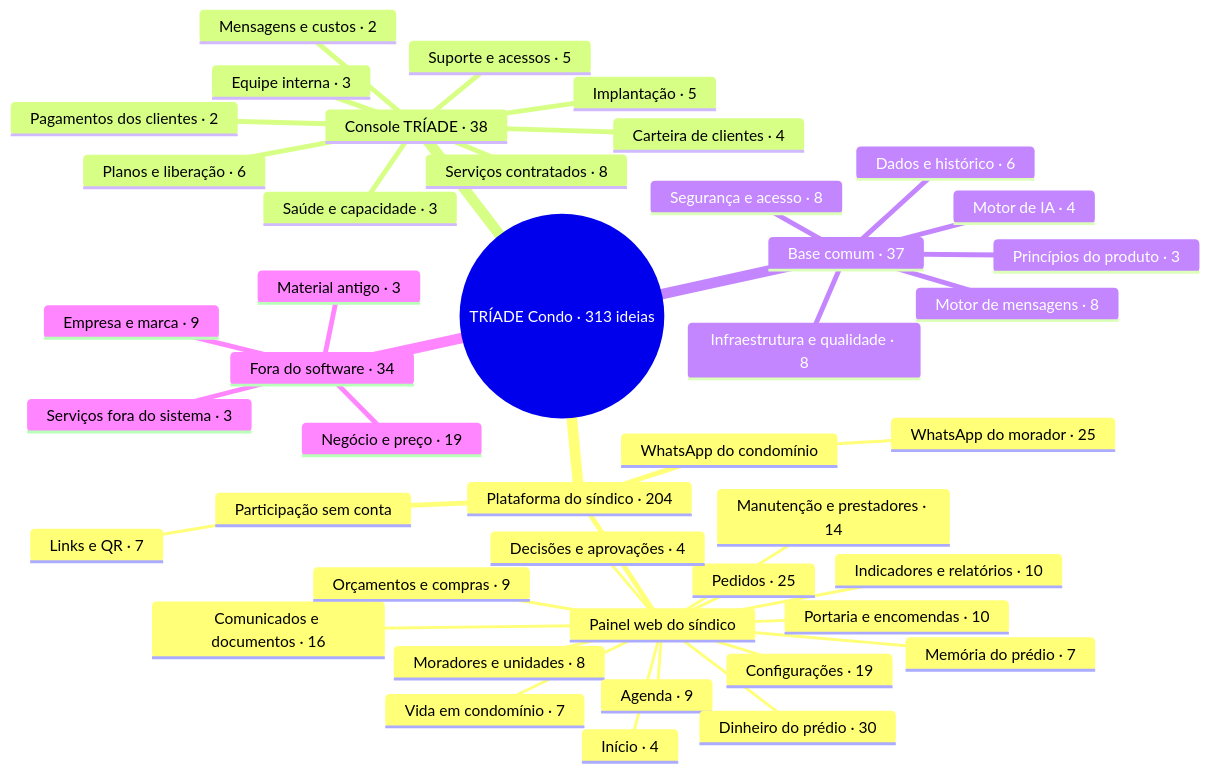
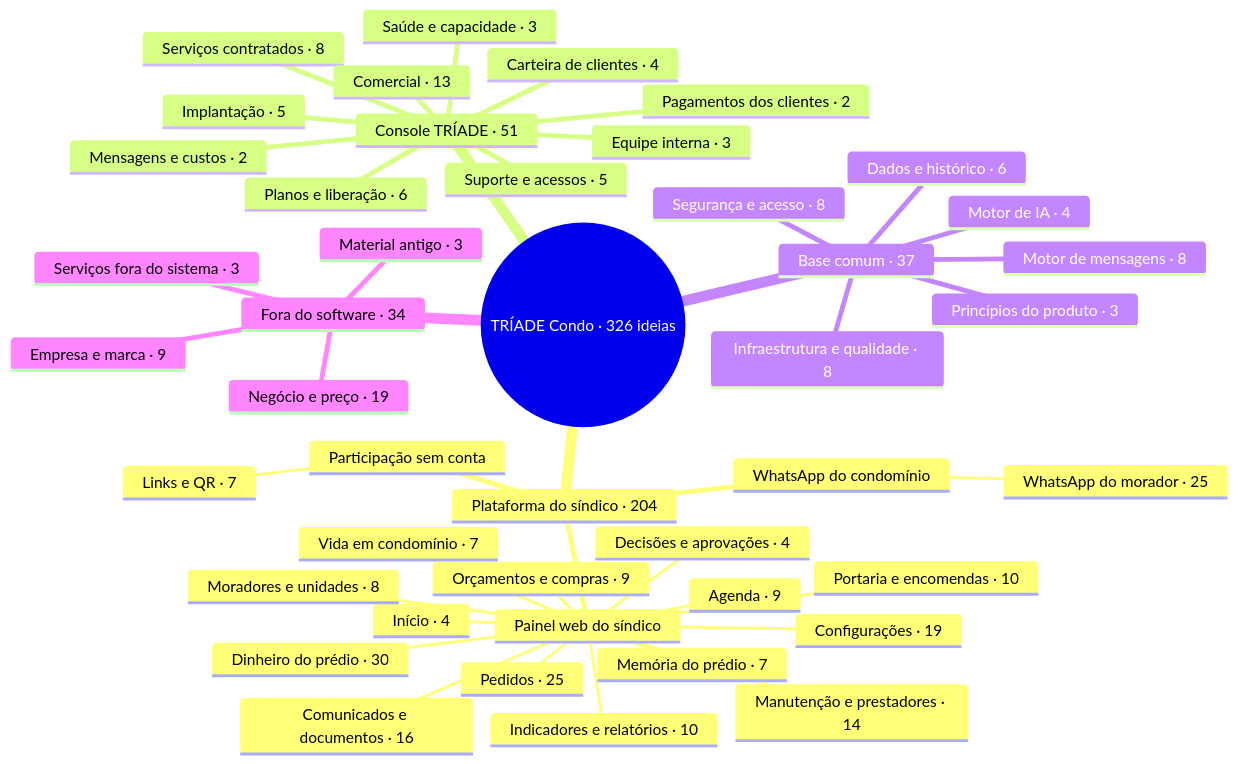
The diagram in triade-condo/MAPA.md (triade-prog/triade-condo), drawn with Mermaid before and after one commit. The commit also changed other lines of this file and 5 other files, not shown here.

First line of the commit message:
Comercial no Console: registra as ideias CM-01 a CM-13 e a entrega R17

````diff
--- a/triade-condo/MAPA.md
+++ b/triade-condo/MAPA.md
@@ -20,46 +20,47 @@
 ```mermaid
 mindmap
-  root((TRÍADE Condo · 313 ideias))
+  root((TRÍADE Condo · 326 ideias))
     Plataforma do síndico · 204
       Painel web do síndico
         Início · 4
         Pedidos · 25
         Decisões e aprovações · 4
         Moradores e unidades · 8
         Comunicados e documentos · 16
         Manutenção e prestadores · 14
         Agenda · 9
         Orçamentos e compras · 9
         Dinheiro do prédio · 30
         Portaria e encomendas · 10
         Vida em condomínio · 7
         Indicadores e relatórios · 10
         Memória do prédio · 7
         Configurações · 19
       WhatsApp do condomínio
         WhatsApp do morador · 25
       Participação sem conta
         Links e QR · 7
-    Console TRÍADE · 38
+    Console TRÍADE · 51
       Carteira de clientes · 4
       Implantação · 5
       Planos e liberação · 6
       Pagamentos dos clientes · 2
       Suporte e acessos · 5
       Serviços contratados · 8
       Equipe interna · 3
       Saúde e capacidade · 3
       Mensagens e custos · 2
+      Comercial · 13
     Base comum · 37
       Segurança e acesso · 8
       Dados e histórico · 6
       Motor de mensagens · 8
       Infraestrutura e qualidade · 8
       Princípios do produto · 3
       Motor de IA · 4
     Fora do software · 34
       Serviços fora do sistema · 3
       Negócio e preço · 19
       Empresa e marca · 9
       Material antigo · 3
 ```
````
